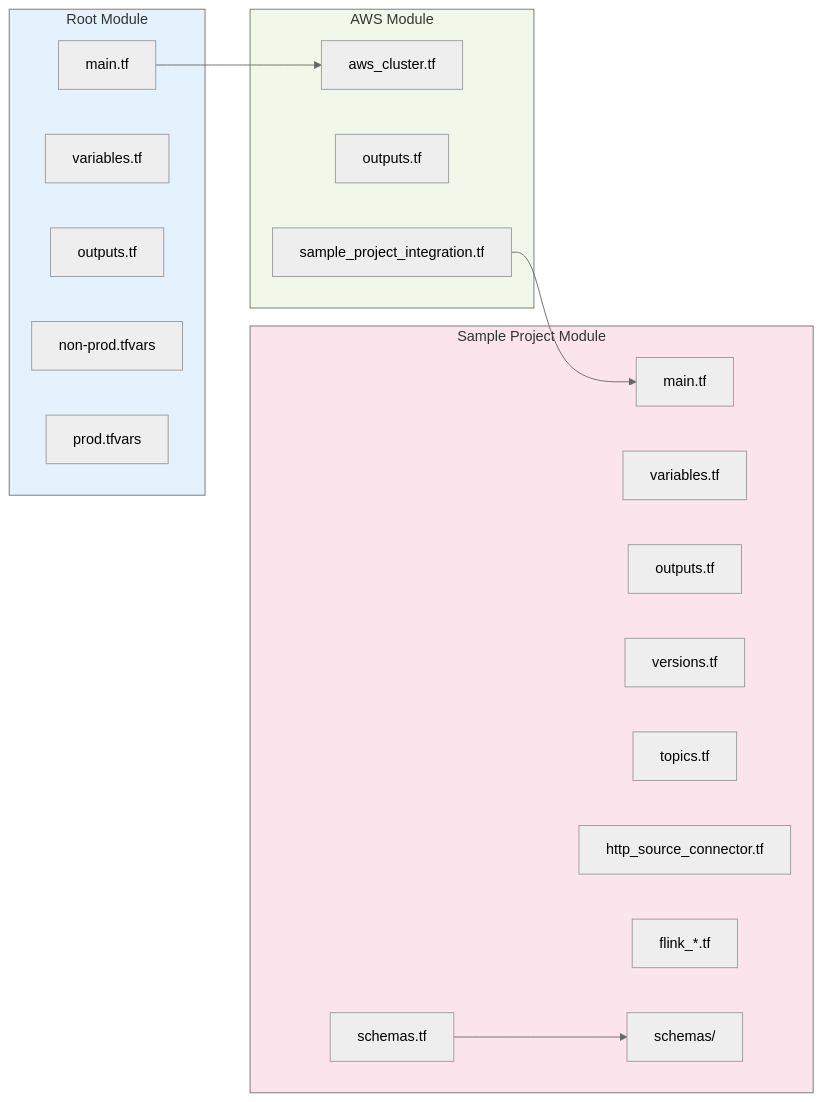
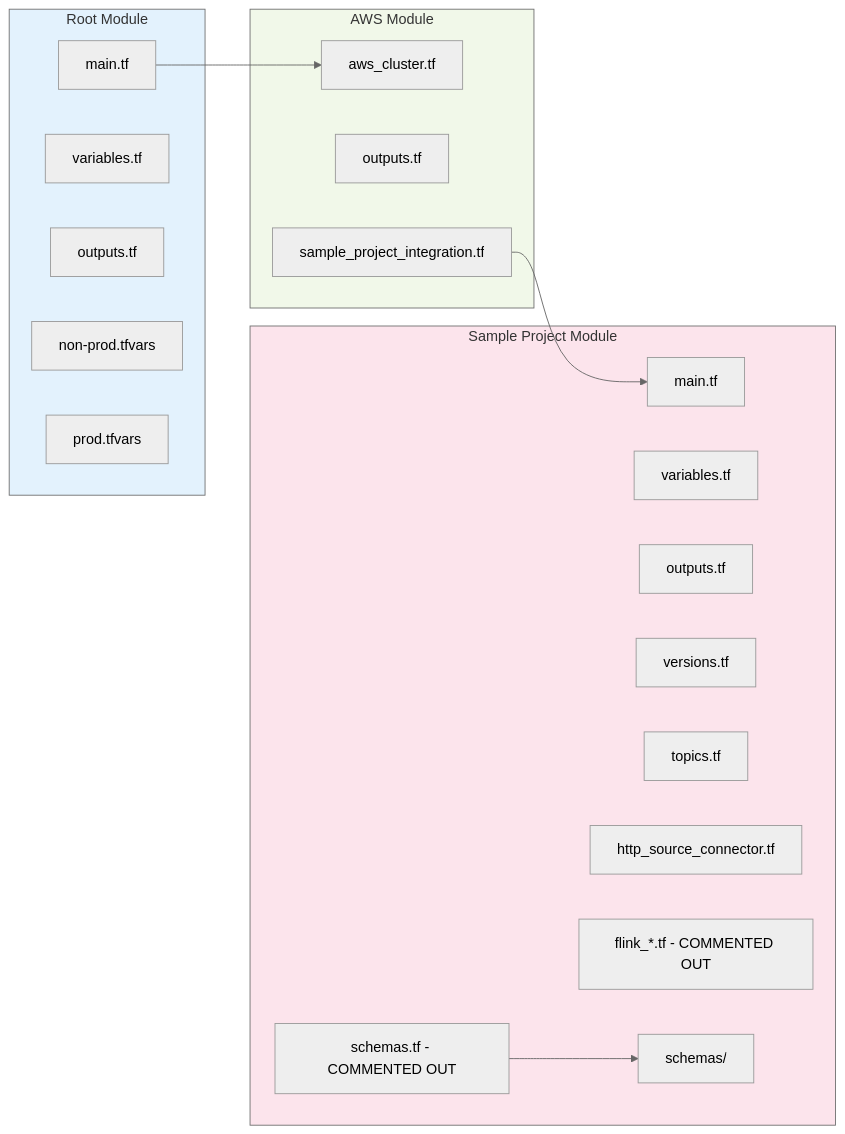
The second of 10 diagrams in architecture/ARCHITECTURE_DIAGRAMS.md (aakashchhabra1989/Confluent_resource), drawn with Mermaid (neutral theme) before and after one commit. The commit also changed other lines of this file and 25 other files, not shown here.

````diff
--- a/architecture/ARCHITECTURE_DIAGRAMS.md
+++ b/architecture/ARCHITECTURE_DIAGRAMS.md
@@ -34,36 +39,36 @@
 ```mermaid
 flowchart LR
     subgraph Root["Root Module"]
         A[main.tf]
         B[variables.tf]
         C[outputs.tf]
         D[non-prod.tfvars]
         E[prod.tfvars]
     end
     
     subgraph AWS["AWS Module"]
         F[aws_cluster.tf]
         G[outputs.tf]
         H[sample_project_integration.tf]
     end
     
     subgraph SampleProject["Sample Project Module"]
         I[main.tf]
         J[variables.tf]
         K[outputs.tf]
         L[versions.tf]
         M[topics.tf]
-        N[schemas.tf]
+        N[schemas.tf - COMMENTED OUT]
         O[http_source_connector.tf]
-        P[flink_*.tf]
+        P[flink_*.tf - COMMENTED OUT]
         Q[schemas/]
     end
     
     A --> F
     H --> I
     N --> Q
     
     style Root fill:#e3f2fd
     style AWS fill:#f1f8e9
     style SampleProject fill:#fce4ec
 ```
````
